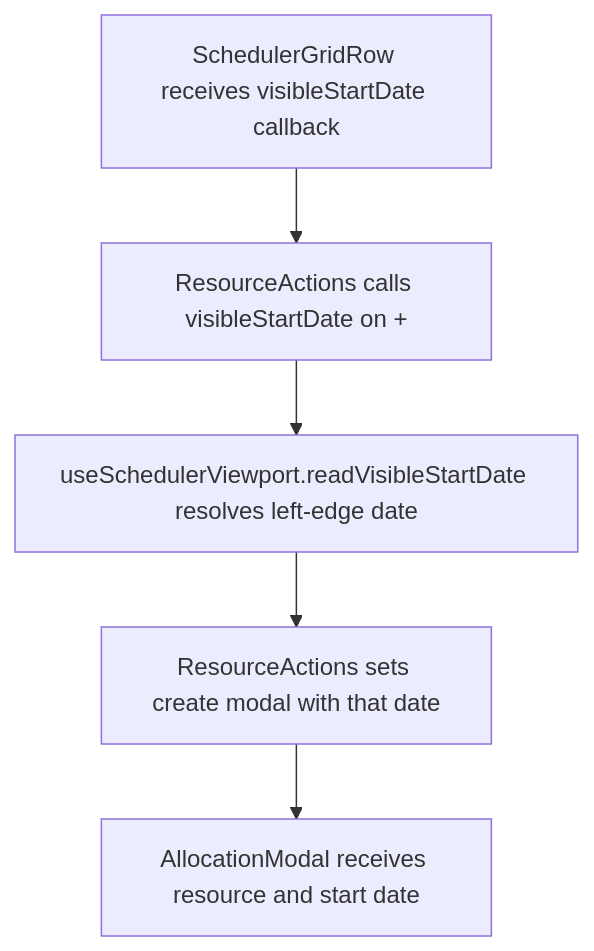
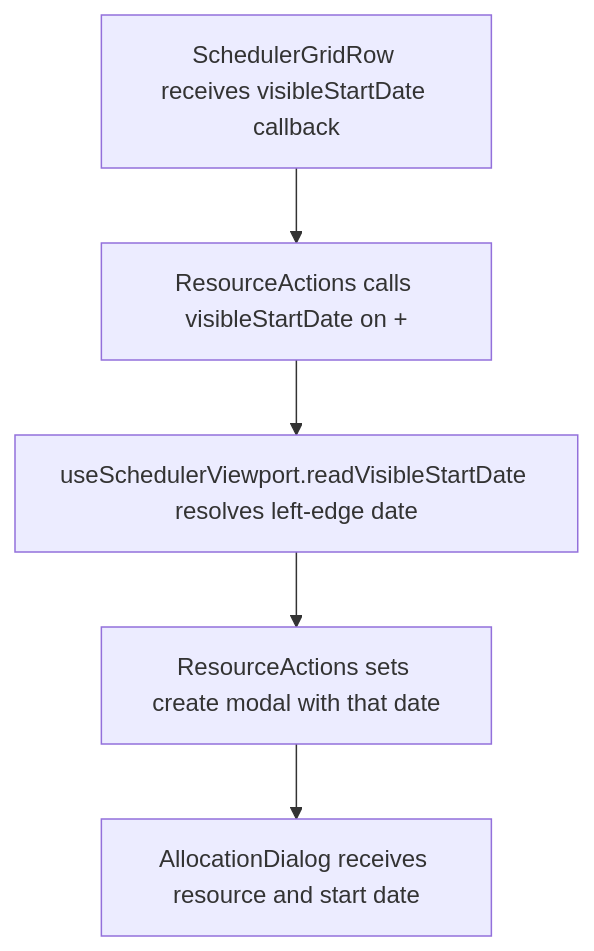
One commit to Kevinjohn/capacitylens changed the second of 2 diagrams in user-stories/scheduler/US-SCH-18-quick-create-visible-window.md. Above: the diagram before and after it, drawn with Mermaid. The commit also changed other lines of this file and 47 other files, not shown here.

First line of the commit message:
Allocation dialog: rename allocation modal files and types

````diff
--- a/user-stories/scheduler/US-SCH-18-quick-create-visible-window.md
+++ b/user-stories/scheduler/US-SCH-18-quick-create-visible-window.md
@@ -32,7 +32,7 @@
 ```mermaid
 flowchart TD
   A["SchedulerGridRow receives visibleStartDate callback"] --> B["ResourceActions calls visibleStartDate on +"]
   B --> C["useSchedulerViewport.readVisibleStartDate resolves left-edge date"]
   C --> D["ResourceActions sets create modal with that date"]
-  D --> E["AllocationModal receives resource and start date"]
+  D --> E["AllocationDialog receives resource and start date"]
 ```
````
